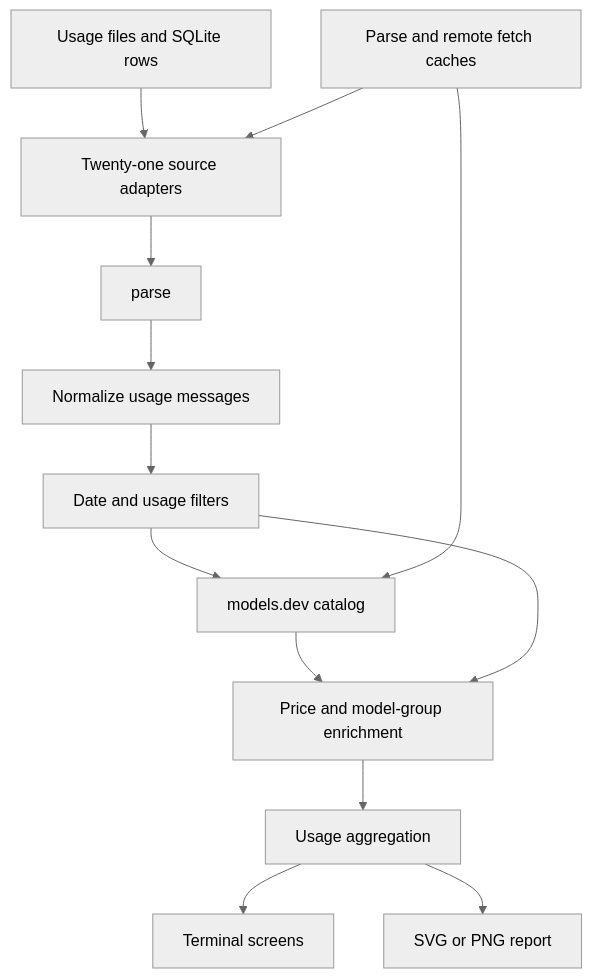
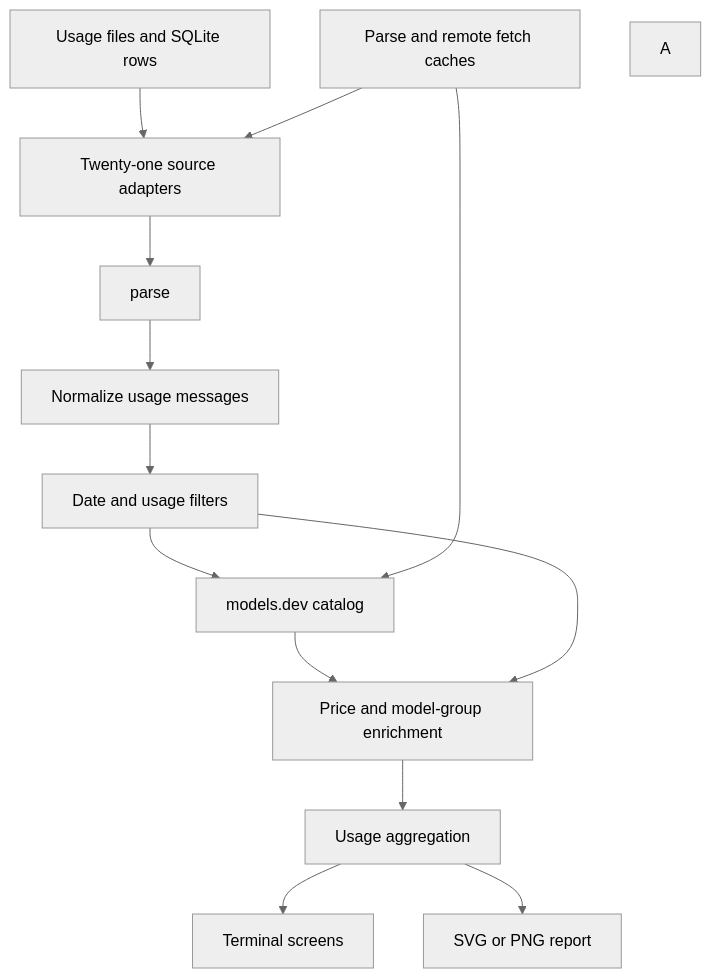
The diagram in .uigraph/diagrams/usage-data-flow/usage-data-flow.mmd (OpenSayad/mytokens-test), drawn with Mermaid (neutral theme) before and after one commit. The commit also changed 1 other file, not shown here.

Commit message:
docs(uigraph): update Usage Data Flow diagram [skip ci]

```diff
--- a/.uigraph/diagrams/usage-data-flow/usage-data-flow.mmd
+++ b/.uigraph/diagrams/usage-data-flow/usage-data-flow.mmd
@@ -1,24 +1,25 @@
 flowchart TB
 sourceFiles["Usage files and SQLite rows"]
 readers["Twenty-one source adapters"]
 parse
 normalize["Normalize usage messages"]
 range["Date and usage filters"]
 catalog["models.dev catalog"]
 cost["Price and model-group enrichment"]
 aggregate["Usage aggregation"]
 terminal["Terminal screens"]
 image["SVG or PNG report"]
 cache["Parse and remote fetch caches"]
+A
 sourceFiles --> readers
 readers --> parse
 parse --> normalize
 normalize --> range
 range --> catalog
 catalog --> cost
 range --> cost
 cost --> aggregate
 aggregate --> terminal
 aggregate --> image
 cache --> readers
 cache --> catalog
```
